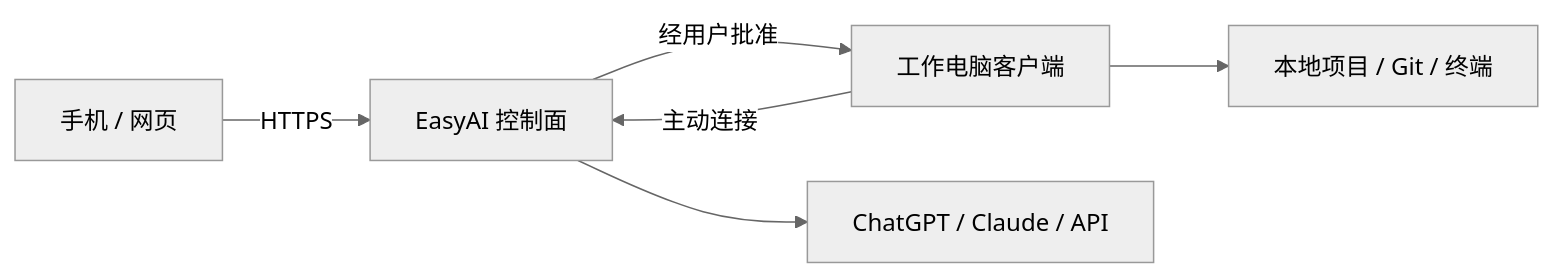
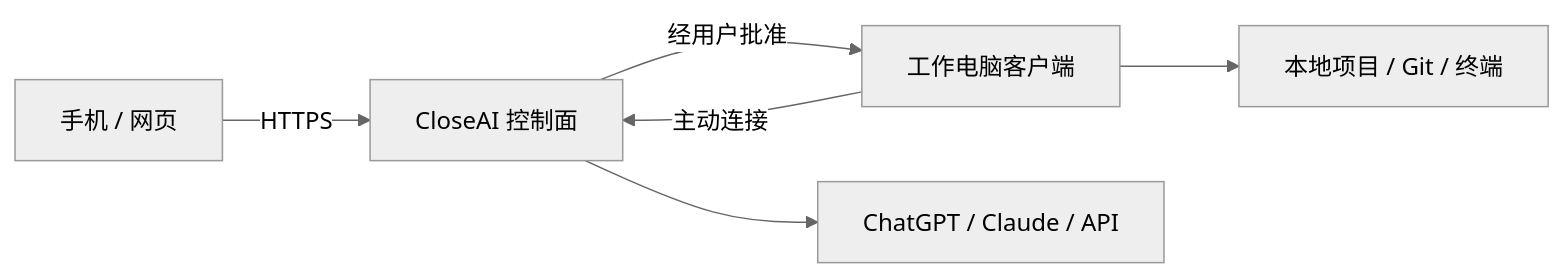
The diagram in README.md (unfalltable/EasyAI), drawn with Mermaid (neutral theme) before and after one commit. The commit also changed other lines of this file and 5 other files, not shown here.

````diff
--- a/README.md
+++ b/README.md
@@ -43,8 +43,8 @@
 ```mermaid
 flowchart LR
-  Phone[手机 / 网页] -->|HTTPS| EasyAI[EasyAI 控制面]
-  Desktop[工作电脑客户端] -->|主动连接| EasyAI
-  EasyAI --> Model[ChatGPT / Claude / API]
-  EasyAI -->|经用户批准| Desktop
+  Phone[手机 / 网页] -->|HTTPS| CloseAI[CloseAI 控制面]
+  Desktop[工作电脑客户端] -->|主动连接| CloseAI
+  CloseAI --> Model[ChatGPT / Claude / API]
+  CloseAI -->|经用户批准| Desktop
   Desktop --> Project[本地项目 / Git / 终端]
 ```
````
